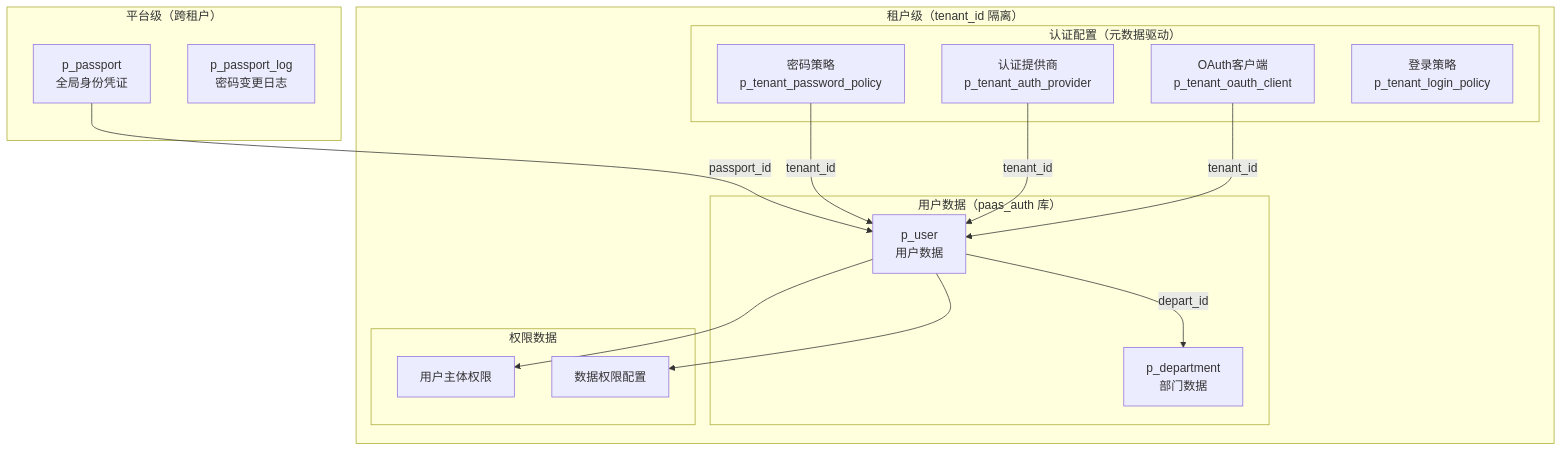
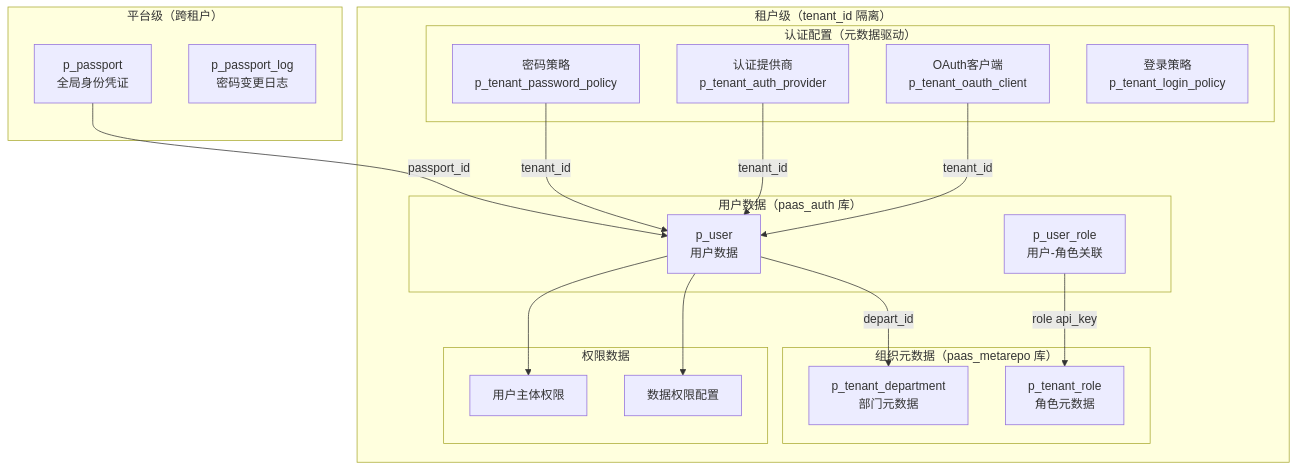
One commit to chengqipeng/ai-pm-team changed the third of 8 diagrams in product-specs/tenant-user/多租户与用户体系设计方案.md. Above: the diagram before and after it, drawn with Mermaid. The commit also changed other lines of this file and 56 other files, not shown here.

````diff
--- a/product-specs/tenant-user/多租户与用户体系设计方案.md
+++ b/product-specs/tenant-user/多租户与用户体系设计方案.md
@@ -307,34 +307,40 @@
 ```mermaid
 graph TB
     subgraph 平台级["平台级（跨租户）"]
         PASSPORT["p_passport<br/>全局身份凭证"]
         PASSPORT_LOG["p_passport_log<br/>密码变更日志"]
     end
 
     subgraph 租户级["租户级（tenant_id 隔离）"]
         subgraph 认证配置["认证配置（元数据驱动）"]
             PWD_POLICY["密码策略<br/>p_tenant_password_policy"]
             AUTH_PROVIDER["认证提供商<br/>p_tenant_auth_provider"]
             OAUTH_CLIENT["OAuth客户端<br/>p_tenant_oauth_client"]
             LOGIN_POLICY["登录策略<br/>p_tenant_login_policy"]
         end
 
         subgraph 实体数据["用户数据（paas_auth 库）"]
             USER["p_user<br/>用户数据"]
-            DEPT["p_department<br/>部门数据"]
+            USER_ROLE["p_user_role<br/>用户-角色关联"]
+        end
+
+        subgraph 元数据["组织元数据（paas_metarepo 库）"]
+            DEPT["p_tenant_department<br/>部门元数据"]
+            ROLE["p_tenant_role<br/>角色元数据"]
         end
 
         subgraph 权限数据["权限数据"]
             USER_SUBJECT["用户主体权限"]
             DATA_PERM["数据权限配置"]
         end
     end
 
     PASSPORT -->|passport_id| USER
     USER -->|depart_id| DEPT
+    USER_ROLE -->|role api_key| ROLE
     PWD_POLICY -->|tenant_id| USER
     AUTH_PROVIDER -->|tenant_id| USER
     OAUTH_CLIENT -->|tenant_id| USER
     USER --> USER_SUBJECT
     USER --> DATA_PERM
 ```
````
